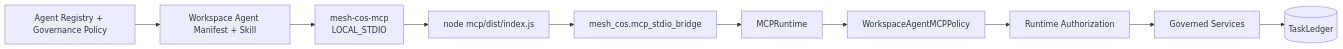
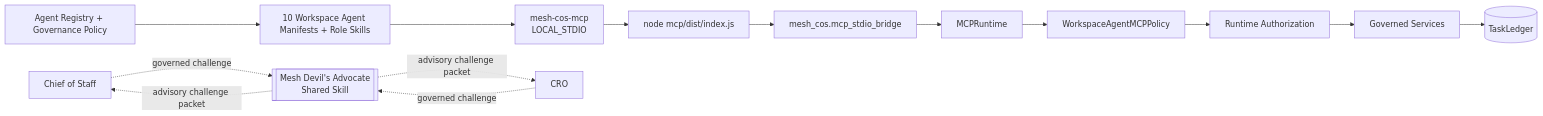
Before and after one commit to mkleinbe/mesh-ai-agent-cos-universe: the diagram in AGENTS.md, drawn with Mermaid. The commit also changed other lines of this file, not shown here.

Commit message:
docs: make v2 shared challenge model canonical in AGENTS

````diff
--- a/AGENTS.md
+++ b/AGENTS.md
@@ -27,12 +28,16 @@
 ```mermaid
 flowchart LR
-    R[Agent Registry + Governance Policy] --> WA[Workspace Agent Manifest + Skill]
+    R[Agent Registry + Governance Policy] --> WA[10 Workspace Agent Manifests + Role Skills]
     WA --> MCP[mesh-cos-mcp\nLOCAL_STDIO]
     MCP --> NODE[node mcp/dist/index.js]
     NODE --> BRIDGE[mesh_cos.mcp_stdio_bridge]
     BRIDGE --> RT[MCPRuntime]
     RT --> MP[WorkspaceAgentMCPPolicy]
     MP --> AUTH[Runtime Authorization]
     AUTH --> GOV[Governed Services]
     GOV --> L[(TaskLedger)]
+    COS[Chief of Staff] -. governed challenge .-> DA[[Mesh Devil's Advocate\nShared Skill]]
+    CRO[CRO] -. governed challenge .-> DA
+    DA -. advisory challenge packet .-> COS
+    DA -. advisory challenge packet .-> CRO
 ```
````
